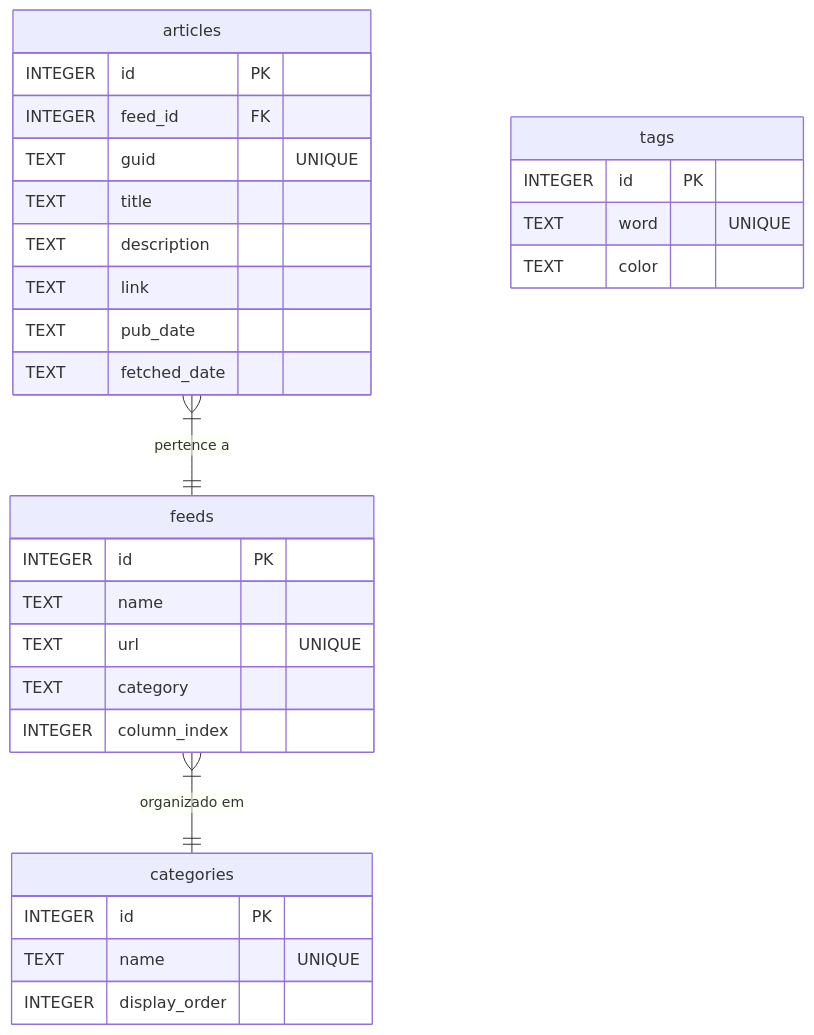
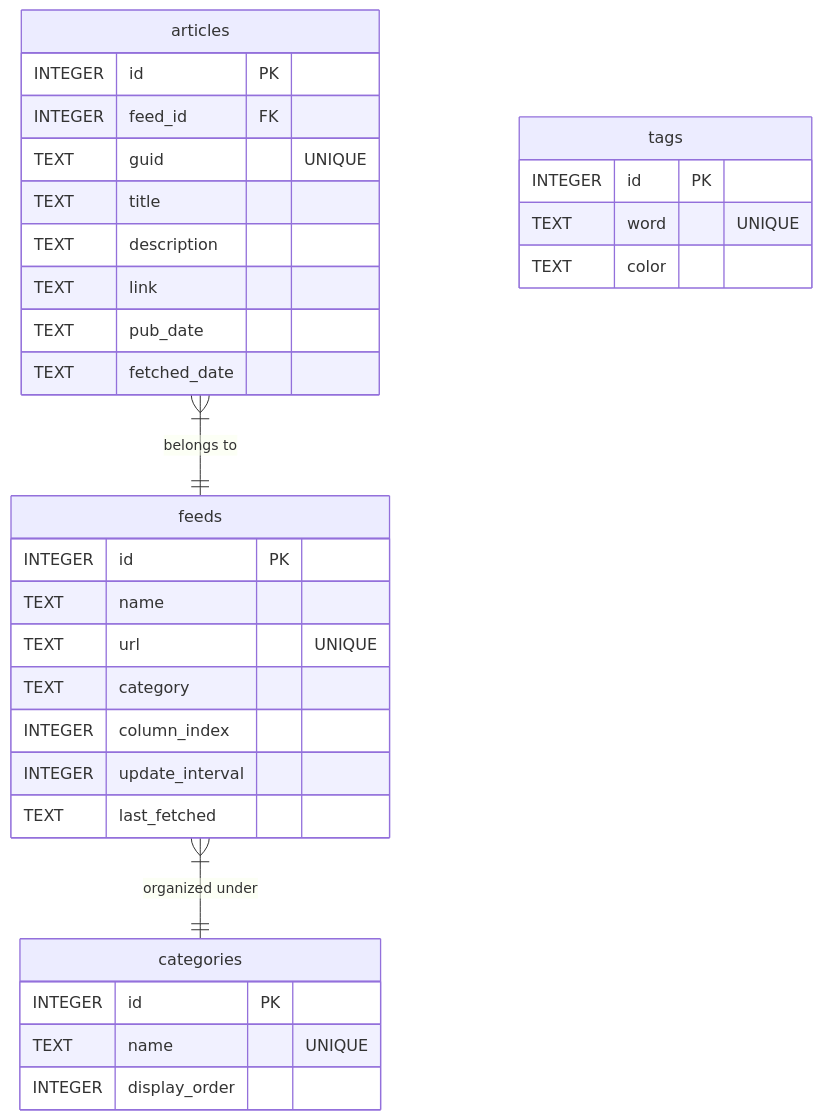
Before and after one commit to xToshiro/rss-deck: the diagram in README.md, drawn with Mermaid. The commit also changed other lines of this file, not shown here.

````diff
--- a/README.md
+++ b/README.md
@@ -49,33 +71,35 @@
 ```mermaid
 erDiagram
     categories {
         INTEGER id PK
         TEXT name "UNIQUE"
         INTEGER display_order
     }
     feeds {
         INTEGER id PK
         TEXT name
         TEXT url "UNIQUE"
         TEXT category
         INTEGER column_index
+        INTEGER update_interval
+        TEXT last_fetched
     }
     articles {
         INTEGER id PK
         INTEGER feed_id FK
         TEXT guid "UNIQUE"
         TEXT title
         TEXT description
         TEXT link
         TEXT pub_date
         TEXT fetched_date
     }
     tags {
         INTEGER id PK
         TEXT word "UNIQUE"
         TEXT color
     }
     
-    feeds }|--|| categories : "organizado em"
-    articles }|--|| feeds : "pertence a"
+    feeds }|--|| categories : "organized under"
+    articles }|--|| feeds : "belongs to"
 ```
````
